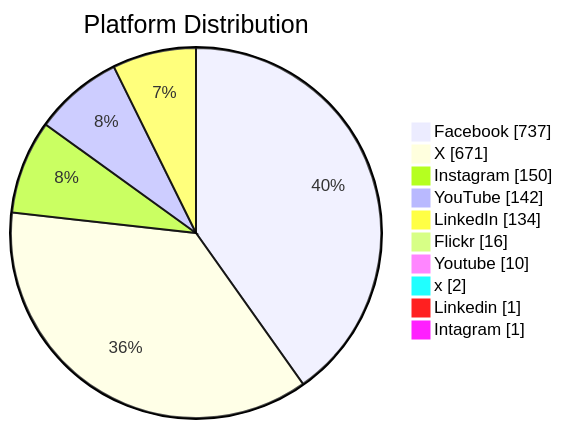
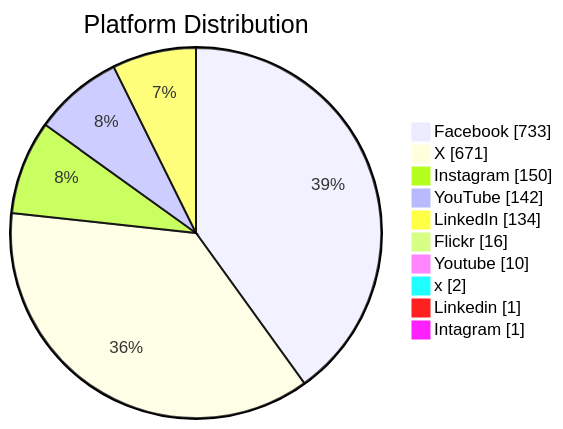
One commit to PatLittle/GC-Socials changed the second of 6 diagrams in README.md. Above: the diagram before and after it, drawn with Mermaid. The commit also changed other lines of this file, not shown here.

Commit message:
Update README with Platform Distribution pie chart

````diff
--- a/README.md
+++ b/README.md
@@ -58,13 +58,13 @@
 ```mermaid
 pie showData title Platform Distribution
-    "Facebook": 737
+    "Facebook": 733
     "X": 671
     "Instagram": 150
     "YouTube": 142
     "LinkedIn": 134
     "Flickr": 16
     "Youtube": 10
     "x": 2
     "Linkedin": 1
     "Intagram": 1
 ```
````
